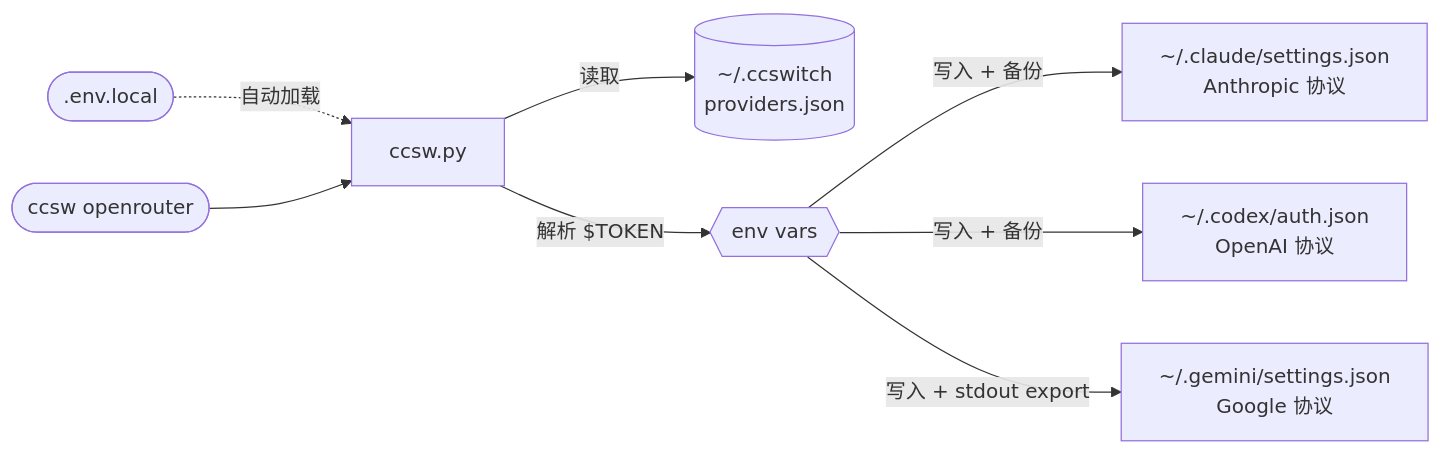
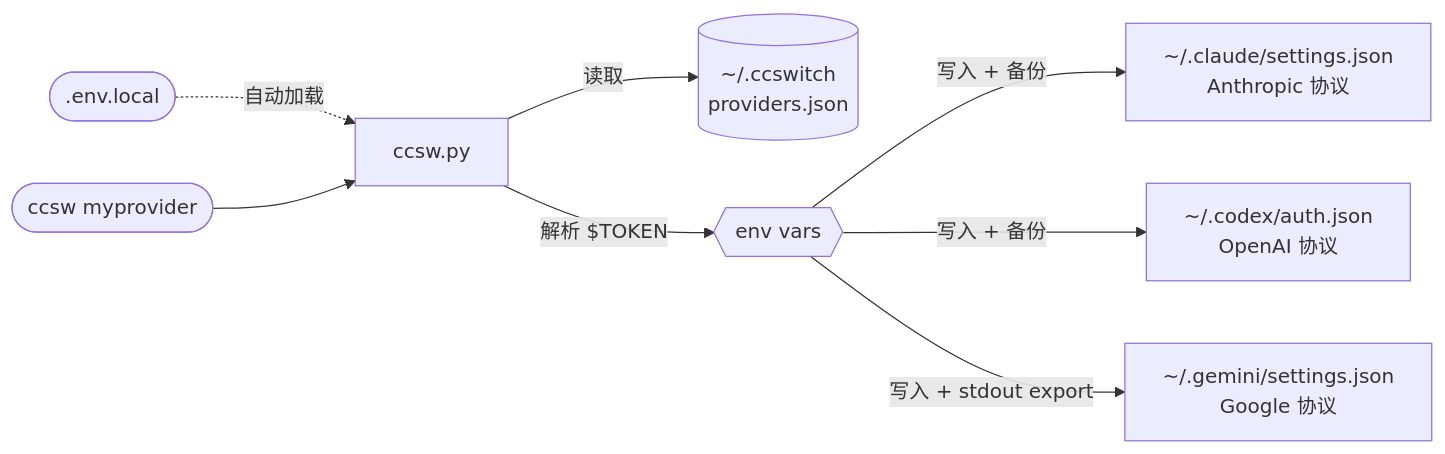
Before and after one commit to Boulea7/ccswitch-terminal: the diagram in README.md, drawn with Mermaid. The commit also changed other lines of this file and 2 other files, not shown here.

````diff
--- a/README.md
+++ b/README.md
@@ -308,10 +277,10 @@
 ```mermaid
 flowchart LR
     L([".env.local"]) -. "自动加载" .-> P
-    U(["ccsw openrouter"]) --> P["ccsw.py"]
+    U(["ccsw myprovider"]) --> P["ccsw.py"]
     P -- "读取" --> DB[("~/.ccswitch\nproviders.json")]
     P -- "解析 $TOKEN" --> E{{"env vars"}}
     E -- "写入 + 备份" --> C["~/.claude/settings.json\nAnthropic 协议"]
     E -- "写入 + 备份" --> X["~/.codex/auth.json\nOpenAI 协议"]
     E -- "写入 + stdout export" --> G["~/.gemini/settings.json\nGoogle 协议"]
 ```
````
